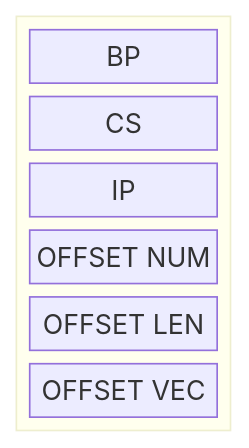
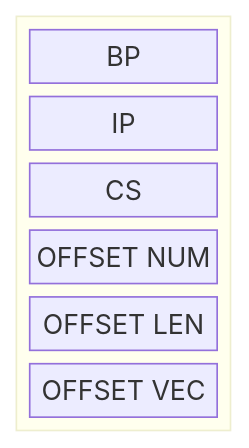
One commit to tudorcoroian17/ALP changed the second of 2 diagrams in Lab_09/proc-mac-write.md. Above: the diagram before and after it, drawn with Mermaid.

Commit message:
v4.1 for tudorial

````diff
--- a/Lab_09/proc-mac-write.md
+++ b/Lab_09/proc-mac-write.md
@@ -97,7 +97,7 @@
 ```mermaid
 block-beta
     block
         columns 1
-        BP CS IP c["OFFSET NUM"] d["OFFSET LEN"] e["OFFSET VEC"]
+        BP IP CS c["OFFSET NUM"] d["OFFSET LEN"] e["OFFSET VEC"]
     end
 ```
````
